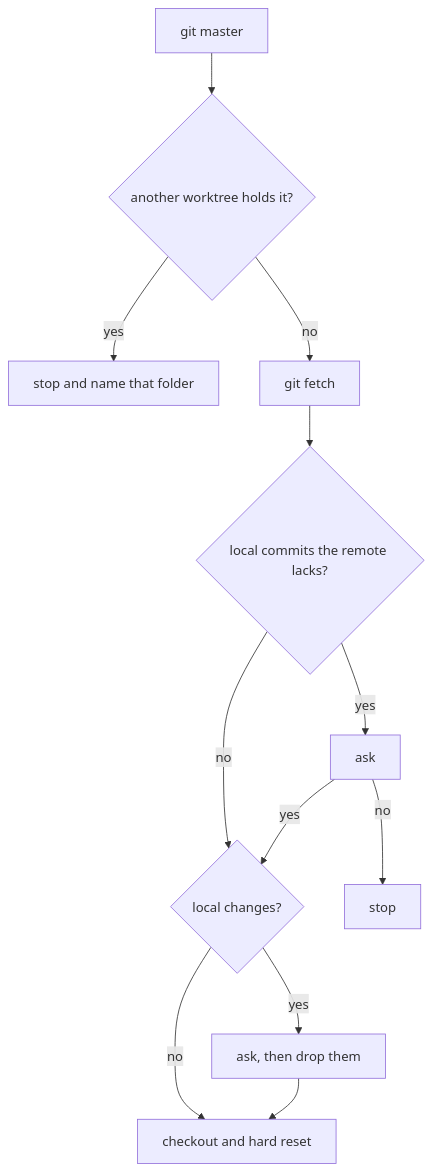
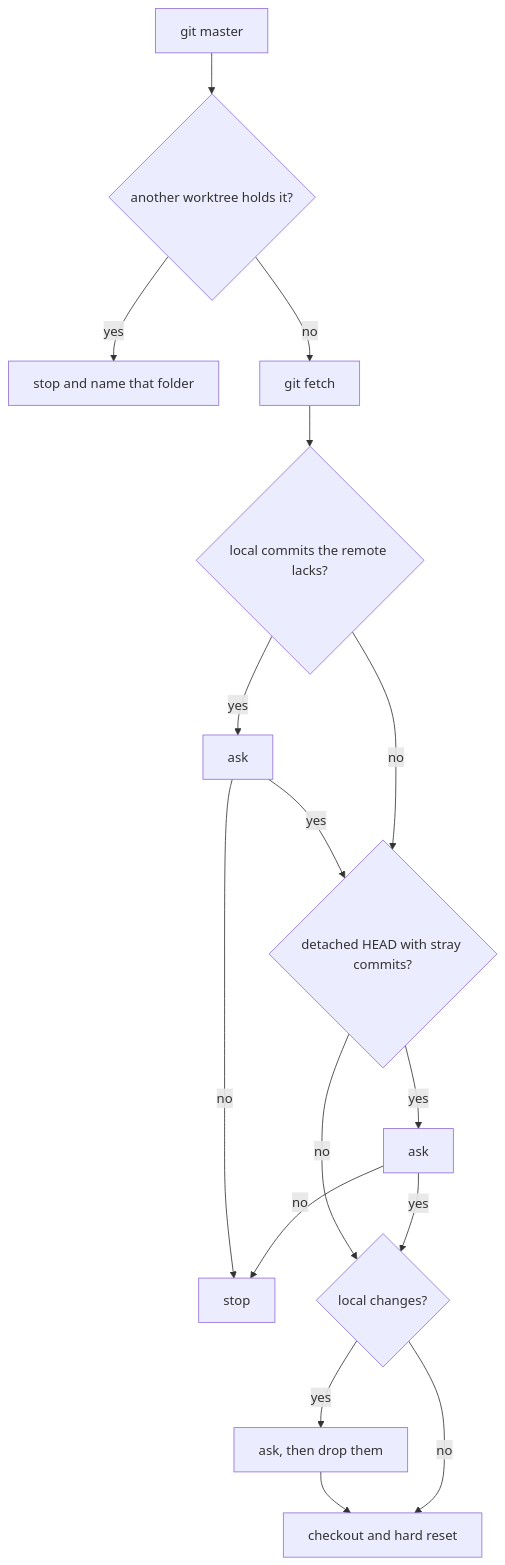
The fifth of 6 diagrams in docs/user-flows.md (workbench-soft/git-aliases), drawn with Mermaid before and after one commit. The commit also changed other lines of this file and 7 other files, not shown here.

````diff
--- a/docs/user-flows.md
+++ b/docs/user-flows.md
@@ -72,14 +73,18 @@
 ```mermaid
 flowchart TD
   m["git master"] --> held{"another worktree holds it?"}
   held -- yes --> stop["stop and name that folder"]
   held -- no --> fetch["git fetch"]
   fetch --> ahead{"local commits the remote lacks?"}
   ahead -- yes --> q1["ask"]
-  ahead -- no --> dirty
-  q1 -- yes --> dirty{"local changes?"}
+  ahead -- no --> detached
+  q1 -- yes --> detached{"detached HEAD with stray commits?"}
+  detached -- yes --> q3["ask"]
+  q3 -- no --> stop2
+  q3 -- yes --> dirty
+  detached -- no --> dirty{"local changes?"}
   q1 -- no --> stop2["stop"]
   dirty -- yes --> q2["ask, then drop them"]
   dirty -- no --> reset["checkout and hard reset"]
   q2 --> reset
 ```
````
